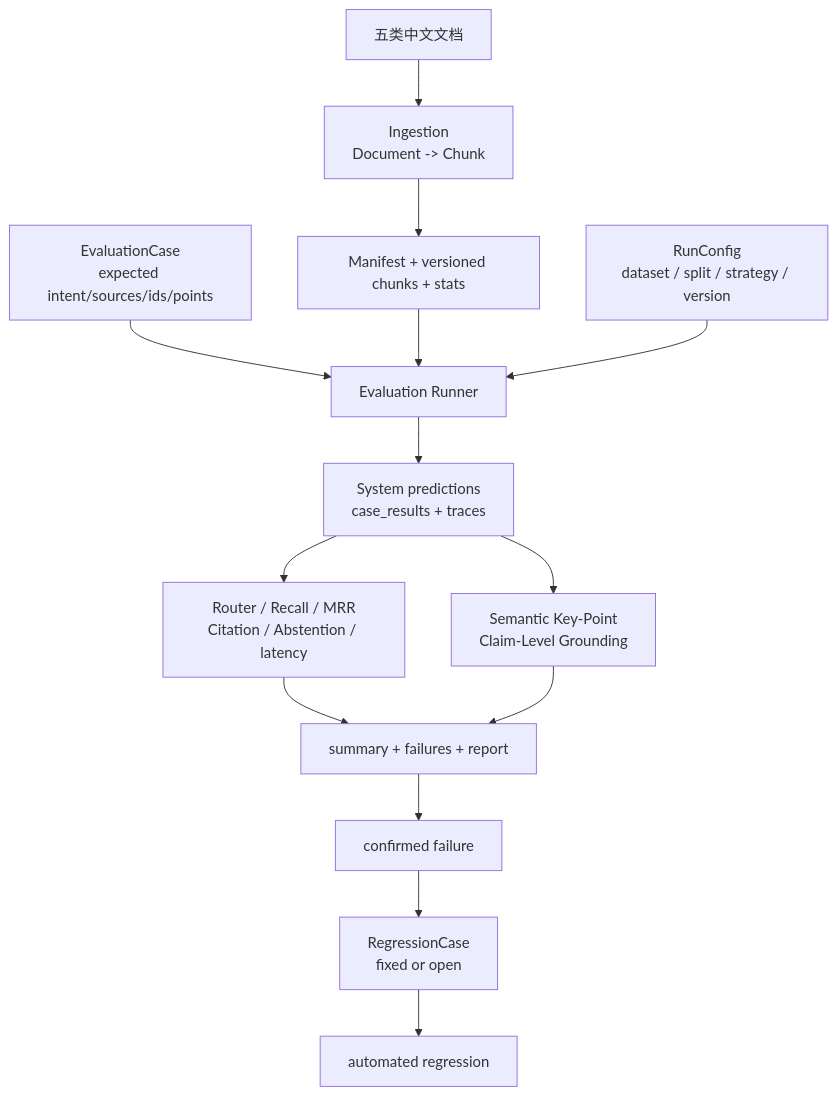
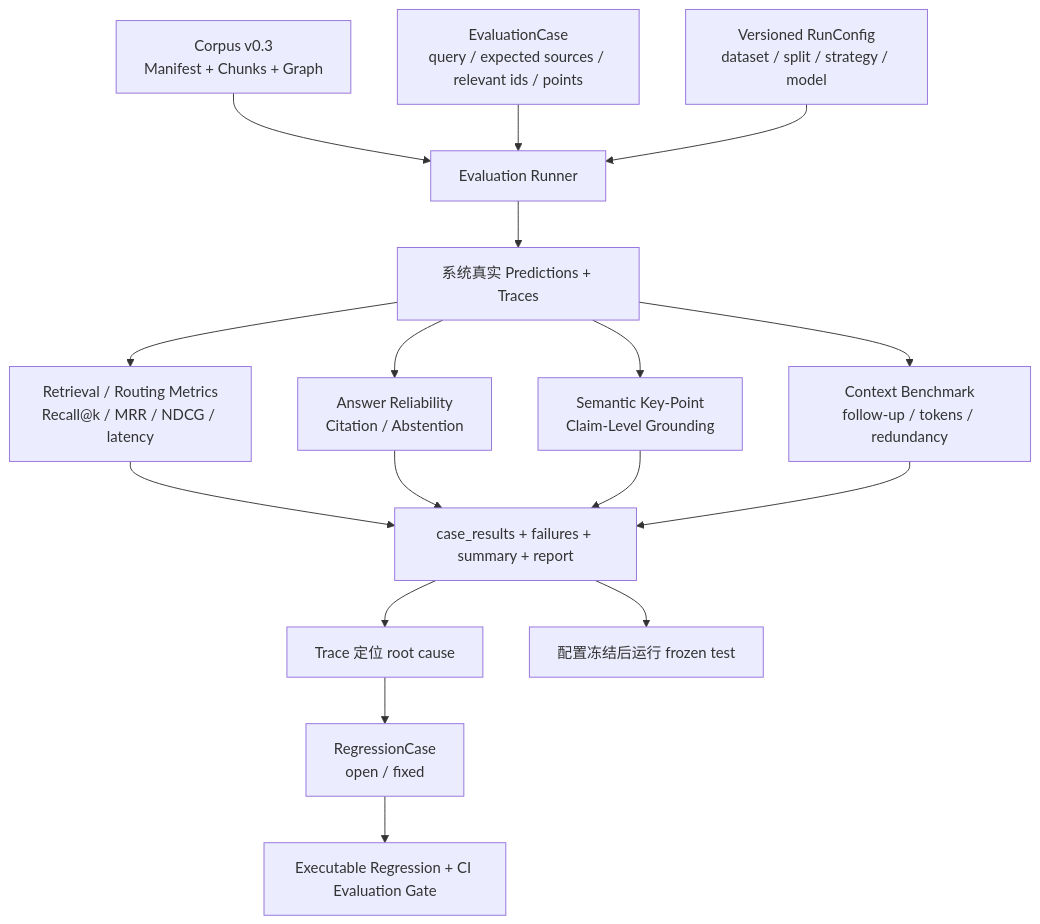
Before and after one commit to 1hao1hao/Agent_for_Job_Application: the third of 4 diagrams in docs/overview/architecture_diagram.md, drawn with Mermaid. The commit also changed other lines of this file and 23 other files, not shown here.

Commit message:
docs: refresh P1 architecture and public project guide

````diff
--- a/docs/overview/architecture_diagram.md
+++ b/docs/overview/architecture_diagram.md
@@ -48,16 +90,19 @@
 ```mermaid
 flowchart TD
-    RAW["五类中文文档"] --> ING["Ingestion\nDocument -> Chunk"]
-    ING --> CORPUS["Manifest + versioned chunks + stats"]
-    LABEL["EvaluationCase\nexpected intent/sources/ids/points"] --> RUNNER[Evaluation Runner]
-    CORPUS --> RUNNER
-    CONFIG["RunConfig\ndataset / split / strategy / version"] --> RUNNER
-    RUNNER --> PRED["System predictions\ncase_results + traces"]
-    PRED --> METRIC["Router / Recall / MRR\nCitation / Abstention / latency"]
-    PRED --> AUDIT["Semantic Key-Point\nClaim-Level Grounding"]
-    METRIC --> REPORT["summary + failures + report"]
-    AUDIT --> REPORT
-    REPORT --> FAILURE["confirmed failure"]
-    FAILURE --> REG["RegressionCase\nfixed or open"]
-    REG --> TEST[automated regression]
+    CORPUS["Corpus v0.3<br/>Manifest + Chunks + Graph"] --> RUNNER["Evaluation Runner"]
+    CASE["EvaluationCase<br/>query / expected sources / relevant ids / points"] --> RUNNER
+    CONFIG["Versioned RunConfig<br/>dataset / split / strategy / model"] --> RUNNER
+    RUNNER --> PRED["系统真实 Predictions + Traces"]
+    PRED --> RETM["Retrieval / Routing Metrics<br/>Recall@k / MRR / NDCG / latency"]
+    PRED --> RELM["Answer Reliability<br/>Citation / Abstention"]
+    PRED --> AUDIT["Semantic Key-Point<br/>Claim-Level Grounding"]
+    PRED --> CTX["Context Benchmark<br/>follow-up / tokens / redundancy"]
+    RETM --> ART["case_results + failures + summary + report"]
+    RELM --> ART
+    AUDIT --> ART
+    CTX --> ART
+    ART --> ROOT["Trace 定位 root cause"]
+    ROOT --> REG["RegressionCase<br/>open / fixed"]
+    REG --> CI["Executable Regression + CI Evaluation Gate"]
+    ART --> FREEZE["配置冻结后运行 frozen test"]
 ```
````
